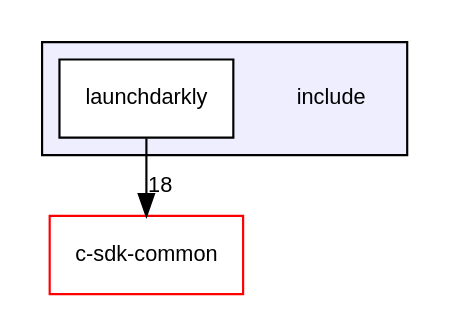
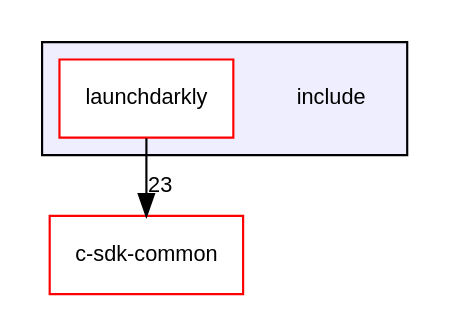
One commit to launchdarkly/c-server-sdk changed the diagram in dir_d44c64559bbebec7f509842c48db8b23_dep.dot. Above: the diagram before and after it, drawn with Graphviz. The commit also changed 86 other files, not shown here.

```diff
--- a/dir_d44c64559bbebec7f509842c48db8b23_dep.dot
+++ b/dir_d44c64559bbebec7f509842c48db8b23_dep.dot
@@ -1,12 +1,12 @@
 digraph "include" {
   compound=true
   node [ fontsize="10", fontname="Helvetica"];
   edge [ labelfontsize="10", labelfontname="Helvetica"];
   subgraph clusterdir_d44c64559bbebec7f509842c48db8b23 {
     graph [ bgcolor="#eeeeff", pencolor="black", label="" URL="dir_d44c64559bbebec7f509842c48db8b23.html"];
     dir_d44c64559bbebec7f509842c48db8b23 [shape=plaintext label="include"];
-    dir_efe5b79025e5a9a1c6aba444011d94a7 [shape=box label="launchdarkly" color="black" fillcolor="white" style="filled" URL="dir_efe5b79025e5a9a1c6aba444011d94a7.html"];
+    dir_efe5b79025e5a9a1c6aba444011d94a7 [shape=box label="launchdarkly" color="red" fillcolor="white" style="filled" URL="dir_efe5b79025e5a9a1c6aba444011d94a7.html"];
   }
   dir_2baa2abe2a8541e88a77fd54574fc547 [shape=box label="c-sdk-common" fillcolor="white" style="filled" color="red" URL="dir_2baa2abe2a8541e88a77fd54574fc547.html"];
-  dir_efe5b79025e5a9a1c6aba444011d94a7->dir_2baa2abe2a8541e88a77fd54574fc547 [headlabel="18", labeldistance=1.5 headhref="dir_000004_000000.html"];
+  dir_efe5b79025e5a9a1c6aba444011d94a7->dir_2baa2abe2a8541e88a77fd54574fc547 [headlabel="23", labeldistance=1.5 headhref="dir_000004_000000.html"];
 }
```
